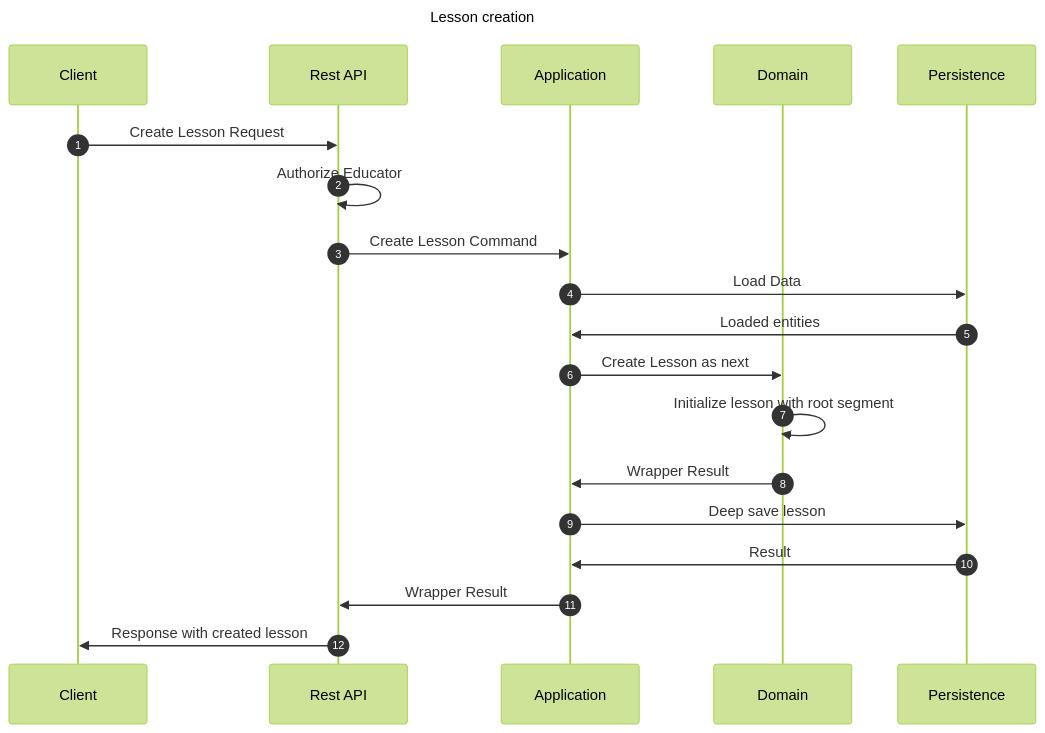
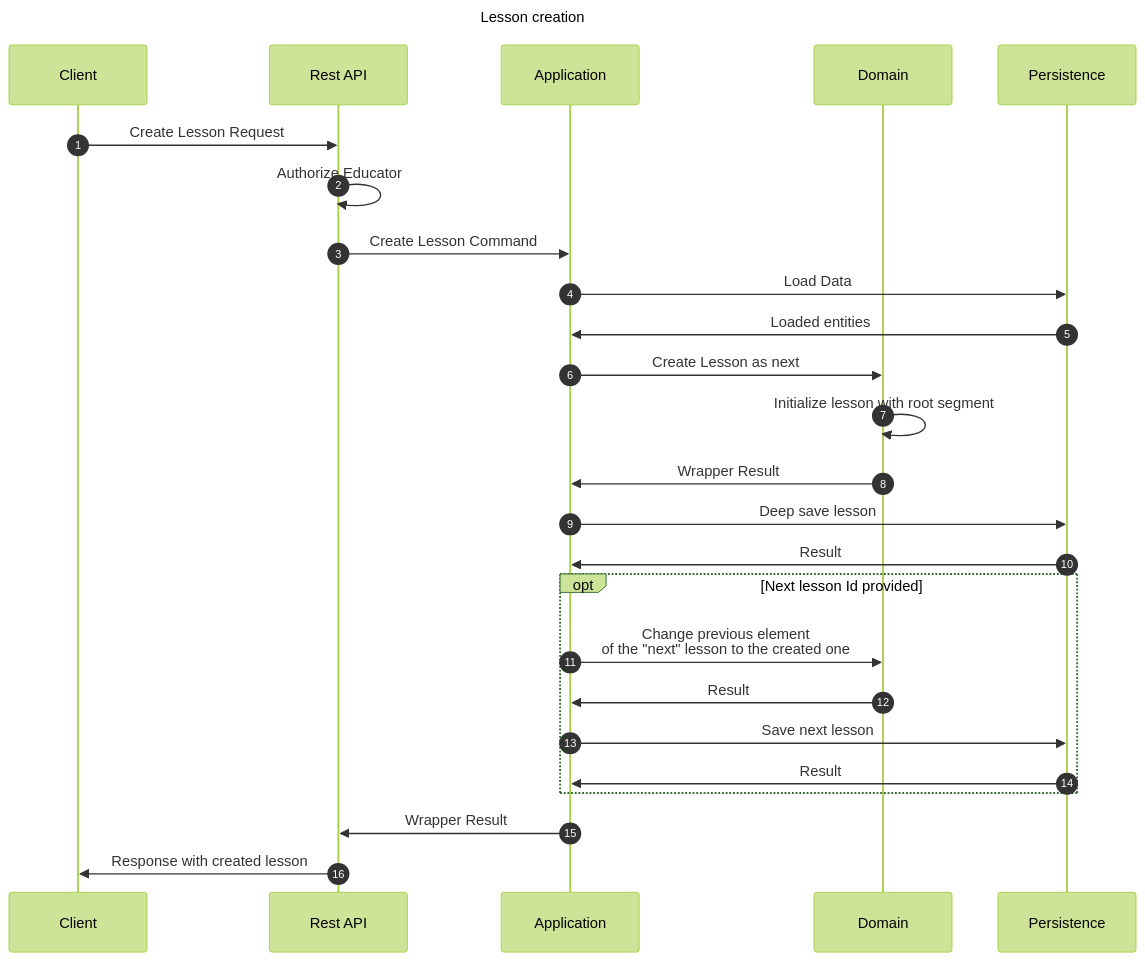
The diagram in docs/edutie/flows/management/lesson/CreateLesson.md (EdutieProject/edutie-backend), drawn with Mermaid (forest theme) before and after one commit.

Commit message:
Lesson flows - corrections 2

````diff
--- a/docs/edutie/flows/management/lesson/CreateLesson.md
+++ b/docs/edutie/flows/management/lesson/CreateLesson.md
@@ -8,24 +8,30 @@
 ```mermaid
 ---
 title: Lesson creation
 ---
 sequenceDiagram
     participant Client
     participant Rest API
     participant Application
     participant Domain
     participant Persistence
     autonumber
     Client ->> Rest API: Create Lesson Request
     Rest API ->> Rest API: Authorize Educator
     Rest API ->> Application: Create Lesson Command
     Application ->> Persistence: Load Data
     Persistence ->> Application: Loaded entities
     Application ->> Domain: Create Lesson as next
     Domain ->> Domain: Initialize lesson with root segment
     Domain ->> Application: Wrapper Result
     Application ->> Persistence: Deep save lesson
     Persistence ->> Application: Result
+    opt Next lesson Id provided
+        Application ->> Domain: Change previous element<br/>of the "next" lesson to the created one
+        Domain ->> Application: Result
+        Application ->> Persistence: Save next lesson
+        Persistence ->> Application: Result
+    end
     Application ->> Rest API: Wrapper Result
     Rest API ->> Client: Response with created lesson
 ```
````
